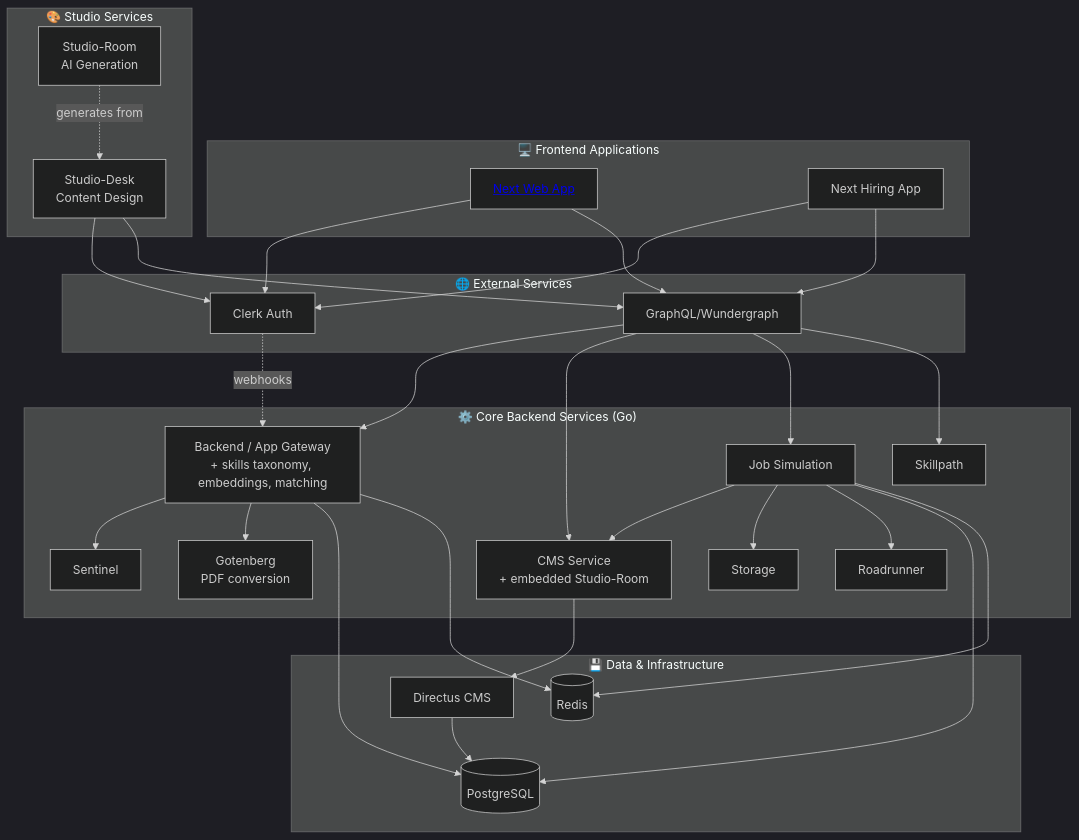
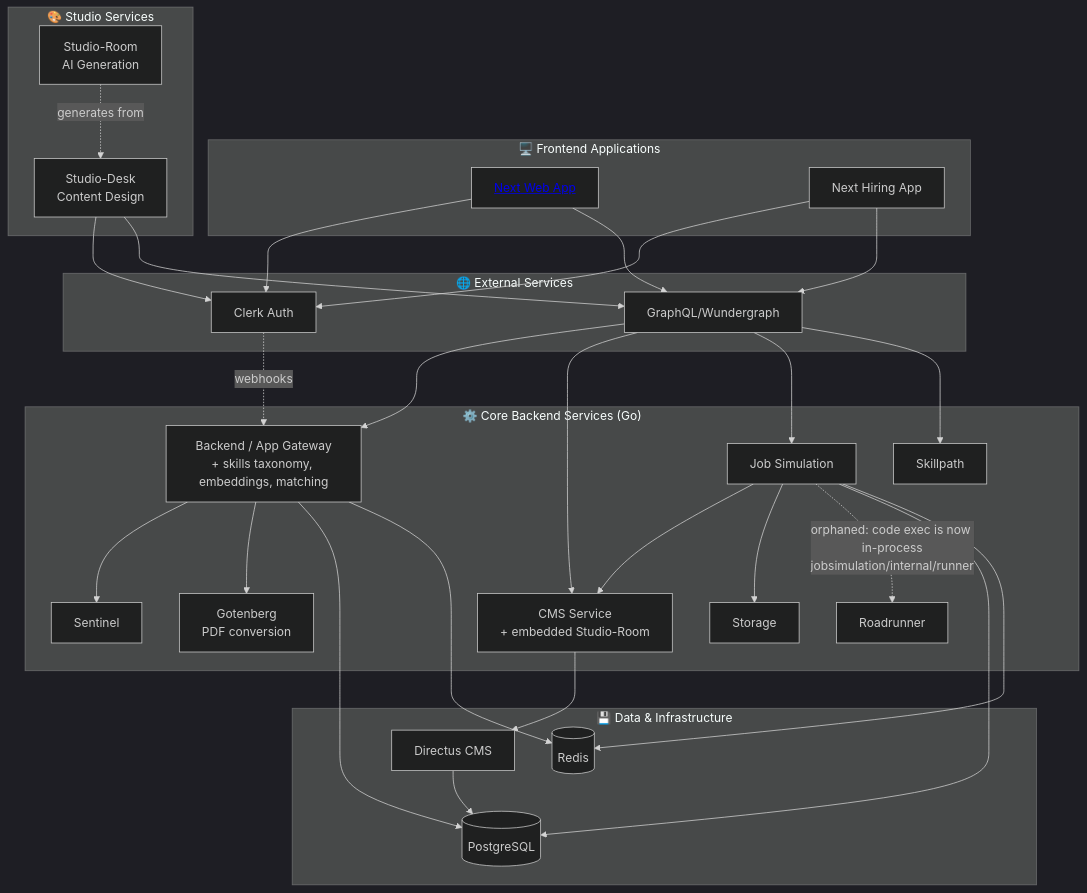
Before and after one commit to anthropos-work/rosetta: the diagram in corpus/architecture/architecture_overview.md, drawn with Mermaid (dark theme). The commit also changed 6 other files, not shown here.

````diff
--- a/corpus/architecture/architecture_overview.md
+++ b/corpus/architecture/architecture_overview.md
@@ -62,69 +62,69 @@
 ```mermaid
 graph TD
     subgraph External["🌐 External Services"]
         Clerk[Clerk Auth]
         GraphQL[GraphQL/Wundergraph]
     end
     
     subgraph Frontend["🖥️ Frontend Applications"]
         Web[<a href='./frontend_architecture.md'>Next Web App</a>]
         Hiring[Next Hiring App]
     end
     
     subgraph Studio["🎨 Studio Services"]
         Desk[Studio-Desk<br/>Content Design]
         Room[Studio-Room<br/>AI Generation]
     end
 
     subgraph Core["⚙️ Core Backend Services (Go)"]
         Gateway[Backend / App Gateway<br/>+ skills taxonomy, embeddings, matching]
         Sentinel[Sentinel]
         CMS_Service[CMS Service<br/>+ embedded Studio-Room]
         JobSim[Job Simulation]
         Skillpath[Skillpath]
         Storage[Storage]
         Roadrunner[Roadrunner]
         Gotenberg[Gotenberg<br/>PDF conversion]
     end
 
     subgraph Data["💾 Data & Infrastructure"]
         Postgres[(PostgreSQL)]
         Redis[(Redis)]
         Directus[Directus CMS]
     end
     
     %% Frontend connections
     Web --> Clerk
     Hiring --> Clerk
     Web --> GraphQL
     Hiring --> GraphQL
     
     %% Studio connections
     Desk --> Clerk
     Desk --> GraphQL
     Room -.->|generates from| Desk
     
     %% GraphQL aggregation (4 subgraphs: backend, jobsimulation, cms, skillpath)
     GraphQL --> Gateway
     GraphQL --> CMS_Service
     GraphQL --> JobSim
     GraphQL --> Skillpath
 
     %% Core service dependencies
     Gateway --> Sentinel
     Gateway --> Gotenberg
     CMS_Service --> Directus
     JobSim --> CMS_Service
     JobSim --> Storage
-    JobSim --> Roadrunner
+    JobSim -.->|orphaned: code exec is now in-process<br/>jobsimulation/internal/runner| Roadrunner
     
     %% Data connections
     Gateway --> Postgres
     Gateway --> Redis
     JobSim --> Postgres
     JobSim --> Redis
     Directus --> Postgres
     
     %% Clerk integration
     Clerk -.->|webhooks| Gateway
 ```
````
